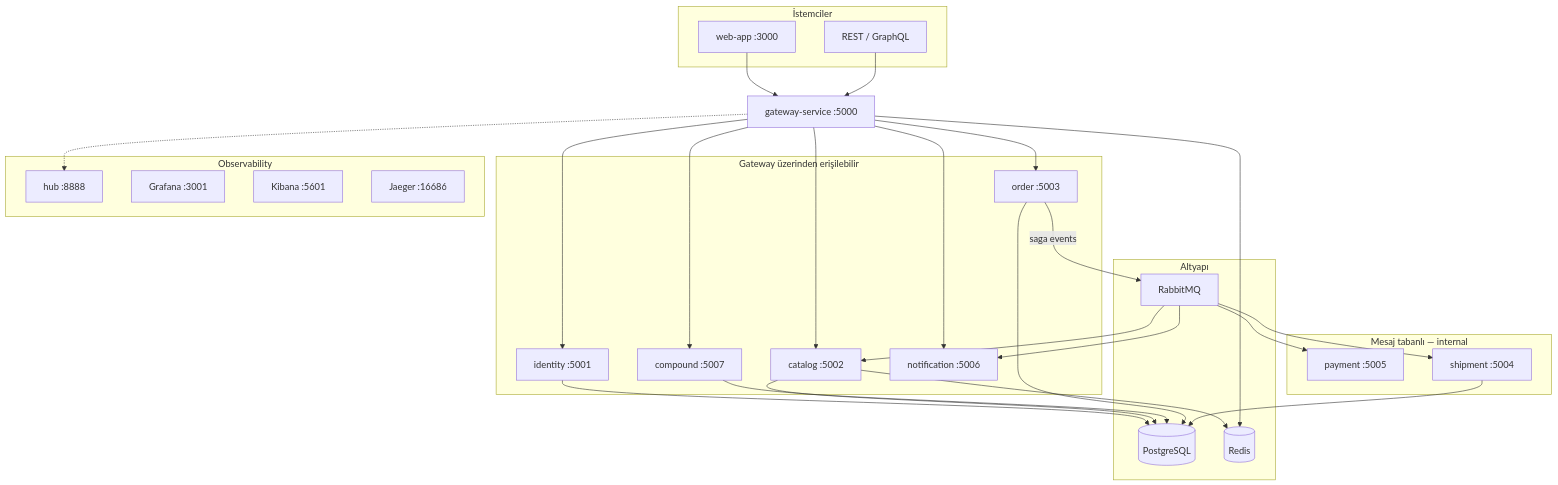
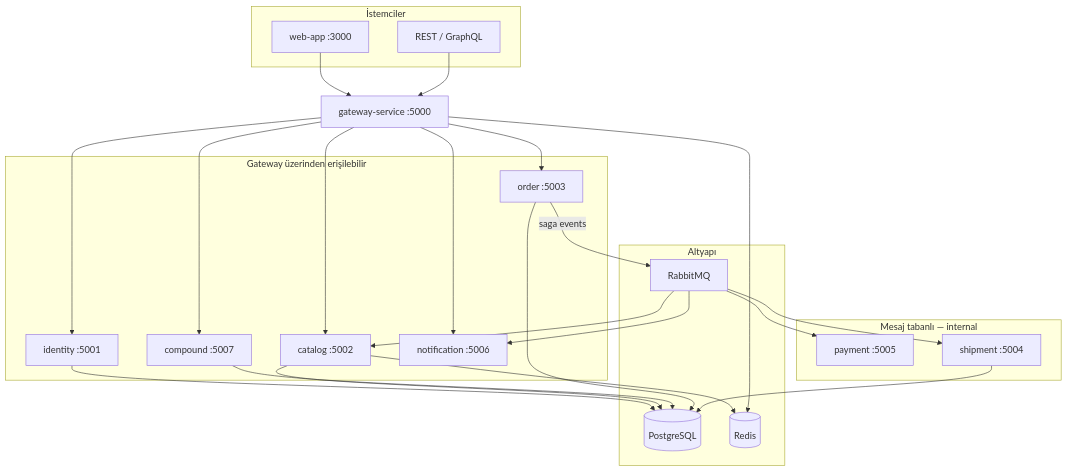
The diagram in README.md (MihrimatriX/element-api), drawn with Mermaid before and after one commit. The commit also changed other lines of this file and 209 other files, not shown here.

````diff
--- a/README.md
+++ b/README.md
@@ -95,44 +95,36 @@
 ```mermaid
 flowchart TB
     subgraph clients [İstemciler]
         Web[web-app :3000]
         API[REST / GraphQL]
     end
 
     GW[gateway-service :5000]
 
     subgraph public [Gateway üzerinden erişilebilir]
         ID[identity :5001]
         CAT[catalog :5002]
         CMP[compound :5007]
         ORD[order :5003]
         NOT[notification :5006]
     end
 
     subgraph internal [Mesaj tabanlı — internal]
         PAY[payment :5005]
         SHP[shipment :5004]
     end
 
     subgraph infra [Altyapı]
         PG[(PostgreSQL)]
         RD[(Redis)]
         MQ[RabbitMQ]
     end
 
-    subgraph obs [Observability]
-        HUB[hub :8888]
-        GRA[Grafana :3001]
-        KIB[Kibana :5601]
-        JAE[Jaeger :16686]
-    end
-
     Web --> GW
     API --> GW
     GW --> ID & CAT & CMP & ORD & NOT
     ORD -->|saga events| MQ
     MQ --> PAY & SHP & CAT & NOT
     ID & CAT & CMP & ORD & SHP --> PG
     CAT & GW --> RD
-    GW -.-> HUB
 ```
````
